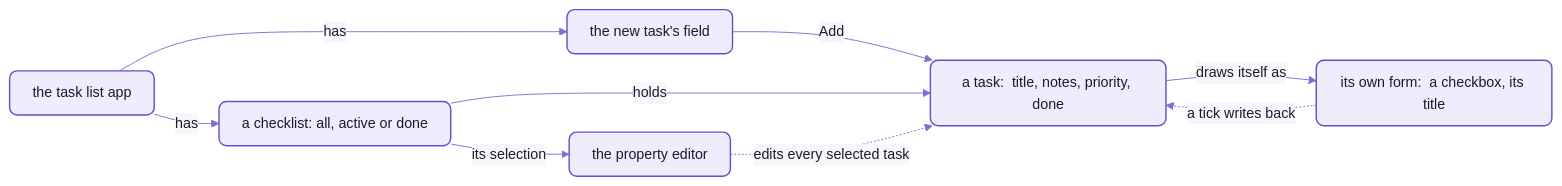
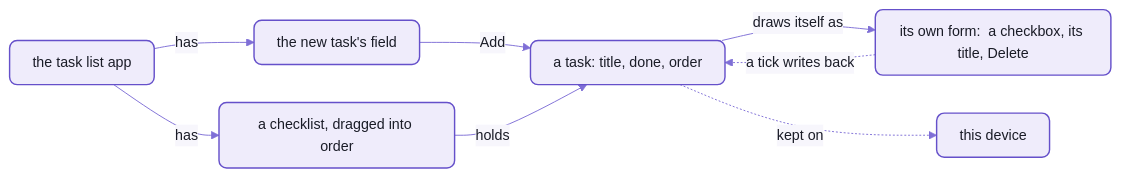
Before and after one commit to spell-app/spell: the diagram in app/README-examples.md, drawn with Mermaid. The commit also changed other lines of this file and 65 other files, not shown here.

````diff
--- a/app/README-examples.md
+++ b/app/README-examples.md
@@ -514,14 +447,13 @@
 ```mermaid
 %%{init: {"theme":"base","themeVariables":{"fontFamily":"-apple-system, BlinkMacSystemFont, Segoe UI, Helvetica, Arial, sans-serif","fontSize":"15px","primaryColor":"#EFECFB","primaryBorderColor":"#6550CA","primaryTextColor":"#1A1C27","secondaryColor":"#F4F1E9","tertiaryColor":"#F7F6FC","lineColor":"#7F6FD6","textColor":"#7F6FD6","clusterBkg":"#F7F6FC","clusterBorder":"#B9B0E8","titleColor":"#1A1C27","edgeLabelBackground":"#F7F6FC","actorBkg":"#EFECFB","actorBorder":"#6550CA","actorTextColor":"#1A1C27","actorLineColor":"#9C90DE","signalColor":"#7F6FD6","signalTextColor":"#7F6FD6","labelBoxBkgColor":"#EFECFB","labelBoxBorderColor":"#6550CA","labelTextColor":"#1A1C27","loopTextColor":"#7F6FD6","noteBkgColor":"#F1E7D4","noteBorderColor":"#C9B48A","noteTextColor":"#1A1C27","activationBkgColor":"#DCD6F7","activationBorderColor":"#6550CA","sequenceNumberColor":"#FFFFFF"},"flowchart":{"curve":"basis","padding":12,"nodeSpacing":40,"rankSpacing":44}}}%%
 flowchart LR
-  app["the task list app"] -->|has| list["a checklist:  all, active or done"]
+  app["the task list app"] -->|has| list["a checklist, dragged into order"]
   app -->|has| draft["the new task's field"]
   draft -->|Add| task
-  list -->|holds| task["a task:  title, notes, priority, done"]
-  task -->|draws itself as| form["its own form:  a checkbox, its title"]
+  list -->|holds| task["a task:  title, done, order"]
+  task -->|draws itself as| form["its own form:  a checkbox, its title, Delete"]
   form -.->|a tick writes back| task
-  list -->|its selection| editor["the property editor"]
-  editor -.->|edits every selected task| task
+  task -.->|kept on| device["this device"]
   %% the Spell look:  yarn mermaid:pretty
   classDef default fill:#EFECFB,stroke:#6550CA,stroke-width:1.5px,color:#1A1C27,rx:8px,ry:8px
 ```
````
